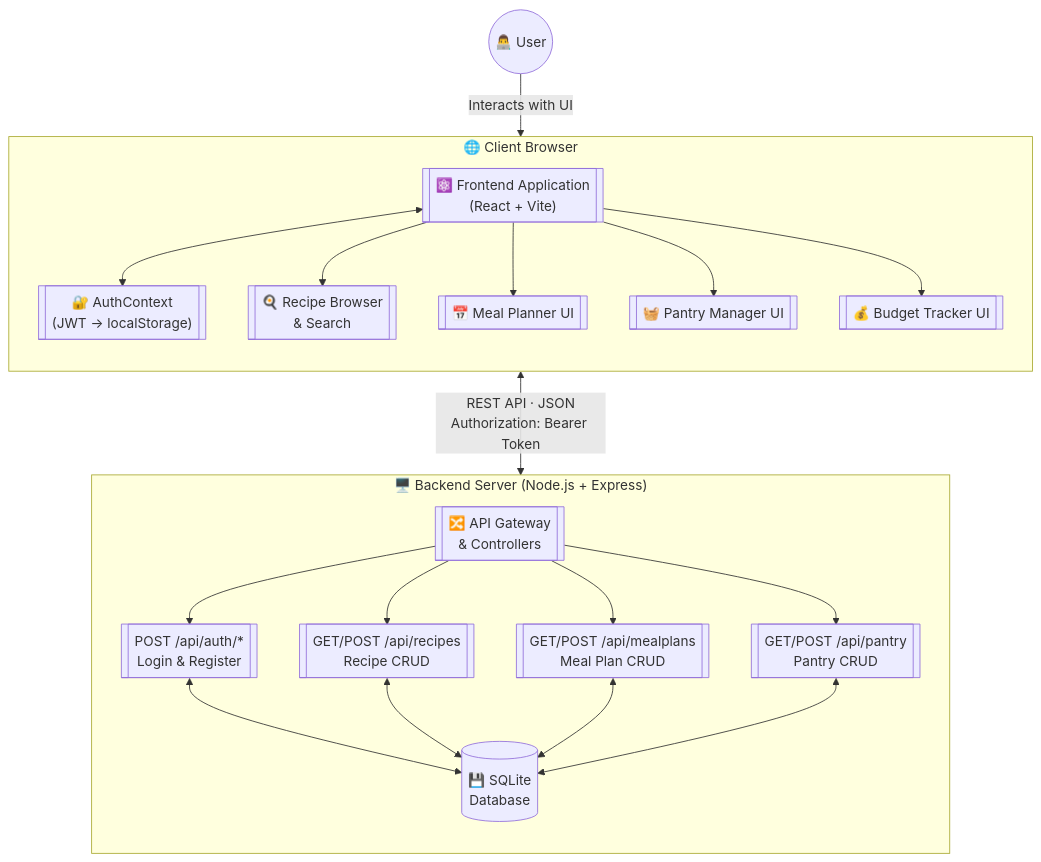
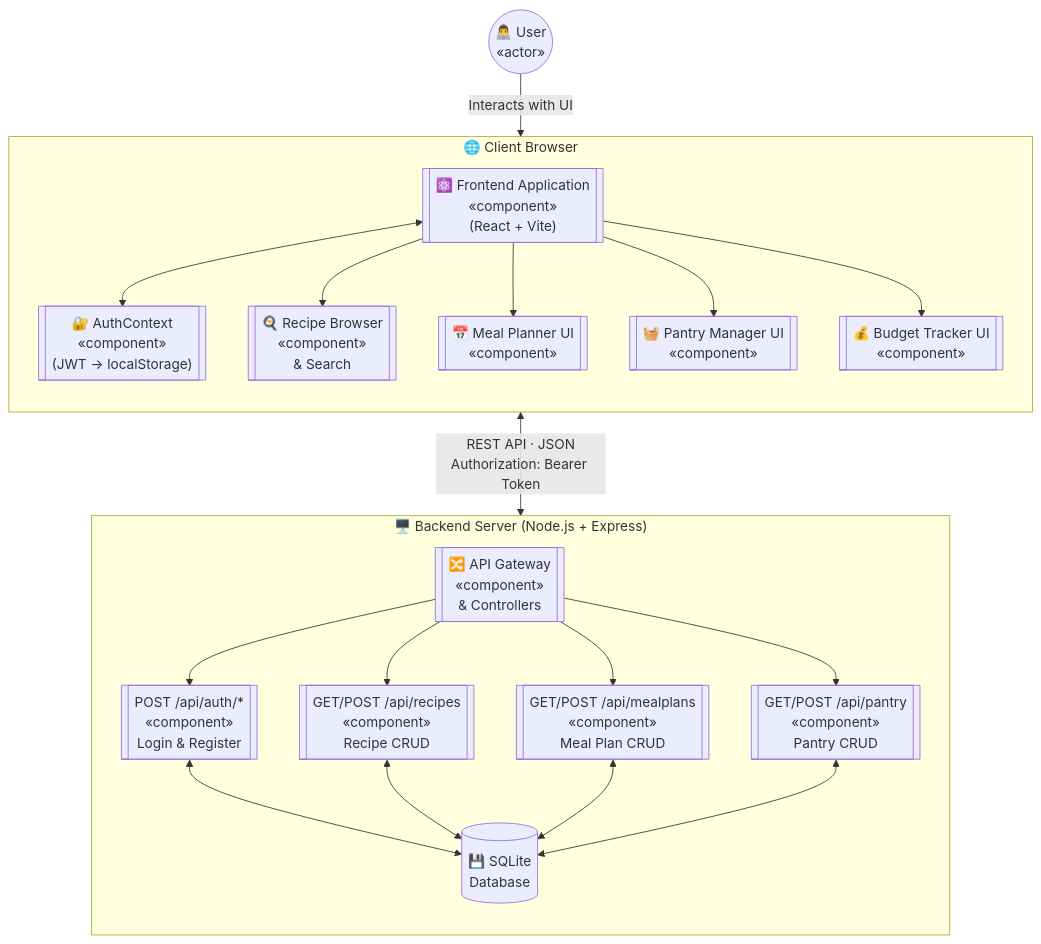
One commit to Amourous/MealMate changed the second of 4 diagrams in docs/UML_DIAGRAMS.md. Above: the diagram before and after it, drawn with Mermaid.

Commit message:
docs: re-add component labels to component diagram nodes

````diff
--- a/docs/UML_DIAGRAMS.md
+++ b/docs/UML_DIAGRAMS.md
@@ -50,42 +50,41 @@
 ```mermaid
 flowchart TD
-    %% Define User Actor (using fontawesome for stick figure if needed, but in standard flowchart we use default nodes. 
-    %% Actually, for standard UML Component Diagrams, an external user/actor is often shown as a simple node or stick figure.
-    User(("👨‍💻 User"))
+    %% Define User Actor
+    User(("👨‍💻 User\n«actor»"))
 
     subgraph Browser["🌐 Client Browser"]
         direction TB
-        FE[["⚛️ Frontend Application\n(React + Vite)"]]
-        Auth[["🔐 AuthContext\n(JWT → localStorage)"]]
-        RecipeUI[["🍳 Recipe Browser\n& Search"]]
-        MealPlanUI[["📅 Meal Planner UI"]]
-        PantryUI[["🧺 Pantry Manager UI"]]
-        BudgetUI[["💰 Budget Tracker UI"]]
+        FE[["⚛️ Frontend Application\n«component»\n(React + Vite)"]]
+        Auth[["🔐 AuthContext\n«component»\n(JWT → localStorage)"]]
+        RecipeUI[["🍳 Recipe Browser\n«component»\n& Search"]]
+        MealPlanUI[["📅 Meal Planner UI\n«component»"]]
+        PantryUI[["🧺 Pantry Manager UI\n«component»"]]
+        BudgetUI[["💰 Budget Tracker UI\n«component»"]]
         FE <--> Auth
         FE --> RecipeUI
         FE --> MealPlanUI
         FE --> PantryUI
         FE --> BudgetUI
     end
 
     subgraph Server["🖥️ Backend Server (Node.js + Express)"]
         direction TB
-        BE[["🔀 API Gateway\n& Controllers"]]
-        AuthAPI[["POST /api/auth/*\nLogin & Register"]]
-        RecipeAPI[["GET/POST /api/recipes\nRecipe CRUD"]]
-        MealAPI[["GET/POST /api/mealplans\nMeal Plan CRUD"]]
-        PantryAPI[["GET/POST /api/pantry\nPantry CRUD"]]
+        BE[["🔀 API Gateway\n«component»\n& Controllers"]]
+        AuthAPI[["POST /api/auth/*\n«component»\nLogin & Register"]]
+        RecipeAPI[["GET/POST /api/recipes\n«component»\nRecipe CRUD"]]
+        MealAPI[["GET/POST /api/mealplans\n«component»\nMeal Plan CRUD"]]
+        PantryAPI[["GET/POST /api/pantry\n«component»\nPantry CRUD"]]
         DB[("💾 SQLite\nDatabase")]
         BE --> AuthAPI
         BE --> RecipeAPI
         BE --> MealAPI
         BE --> PantryAPI
         AuthAPI <--> DB
         RecipeAPI <--> DB
         MealAPI <--> DB
         PantryAPI <--> DB
     end
 
     User -->|"Interacts with UI"| FE
     FE <-->|"REST API · JSON\nAuthorization: Bearer Token"| BE
 ```
````
